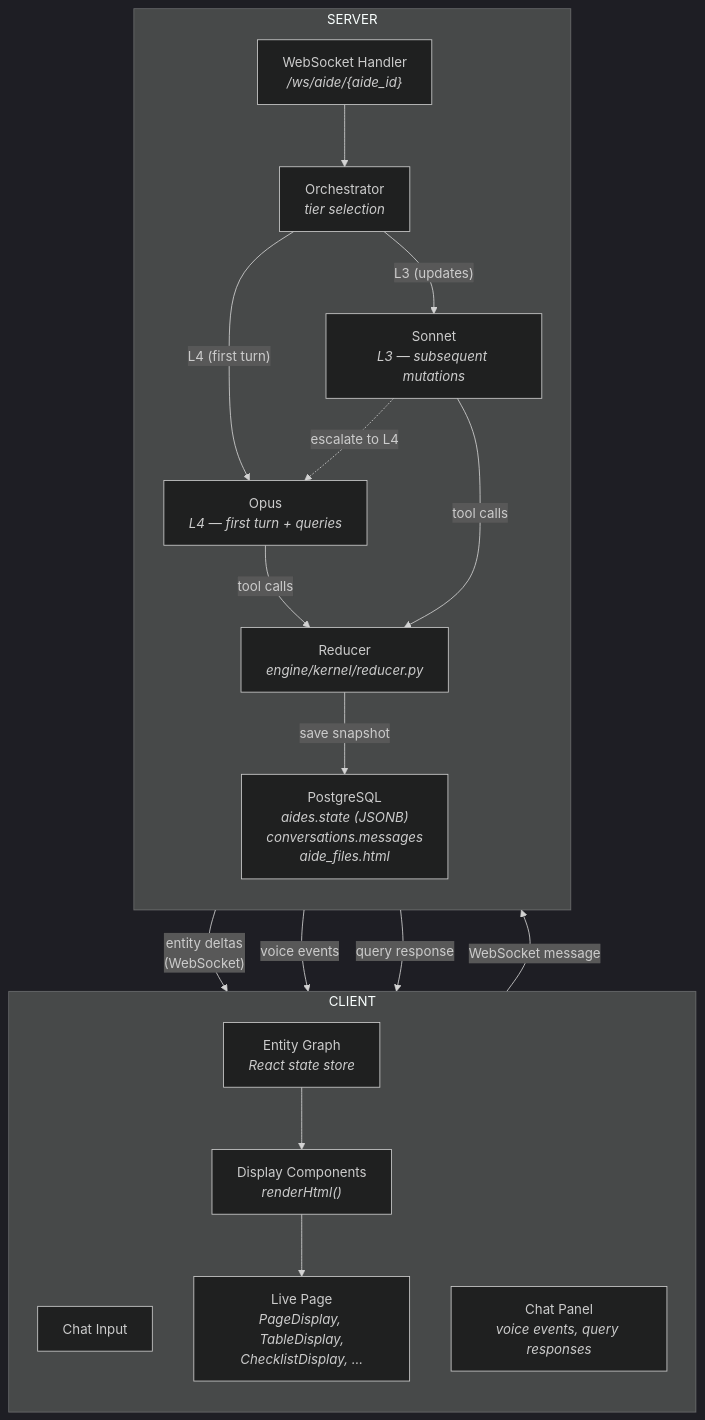
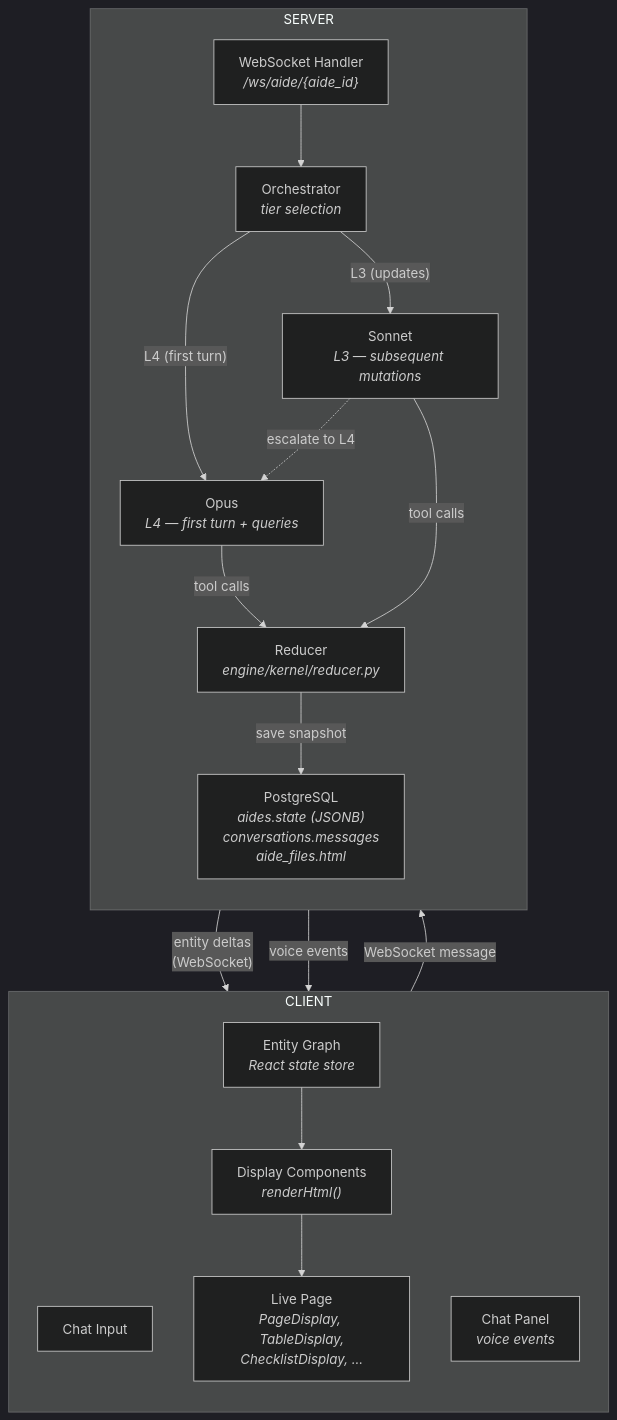
One commit to zcancio/aide changed the diagram in docs/eng_design/00_overview.md. Above: the diagram before and after it, drawn with Mermaid (dark theme). The commit also changed other lines of this file and 5 other files, not shown here.

First line of the commit message:
docs: all responses flow through reducer via voice tool call

````diff
--- a/docs/eng_design/00_overview.md
+++ b/docs/eng_design/00_overview.md
@@ -129,41 +129,40 @@
 ```mermaid
 graph TD
     subgraph CLIENT["CLIENT"]
         direction TB
         INPUT["Chat Input"]
-        CHAT["Chat Panel<br/><i>voice events, query responses</i>"]
+        CHAT["Chat Panel<br/><i>voice events</i>"]
         GRAPH["Entity Graph<br/><i>React state store</i>"]
         RENDERER["Display Components<br/><i>renderHtml()</i>"]
         PAGE["Live Page<br/><i>PageDisplay, TableDisplay,<br/>ChecklistDisplay, ...</i>"]
 
         GRAPH --> RENDERER
         RENDERER --> PAGE
     end
 
     subgraph SERVER["SERVER"]
         direction TB
         WS["WebSocket Handler<br/><i>/ws/aide/{aide_id}</i>"]
         ORCH["Orchestrator<br/><i>tier selection</i>"]
 
         OPUS["Opus<br/><i>L4 — first turn + queries</i>"]
         SONNET["Sonnet<br/><i>L3 — subsequent mutations</i>"]
 
         REDUCER["Reducer<br/><i>engine/kernel/reducer.py</i>"]
         DB["PostgreSQL<br/><i>aides.state (JSONB)<br/>conversations.messages<br/>aide_files.html</i>"]
 
         WS --> ORCH
         ORCH -->|"L4 (first turn)"| OPUS
         ORCH -->|"L3 (updates)"| SONNET
 
         OPUS -->|"tool calls"| REDUCER
         SONNET -->|"tool calls"| REDUCER
         SONNET -.->|"escalate to L4"| OPUS
 
         REDUCER -->|"save snapshot"| DB
     end
 
     INPUT -->|"WebSocket message"| WS
     REDUCER -->|"entity deltas<br/>(WebSocket)"| GRAPH
     REDUCER -->|"voice events"| CHAT
-    OPUS -->|"query response"| CHAT
 ```
````
